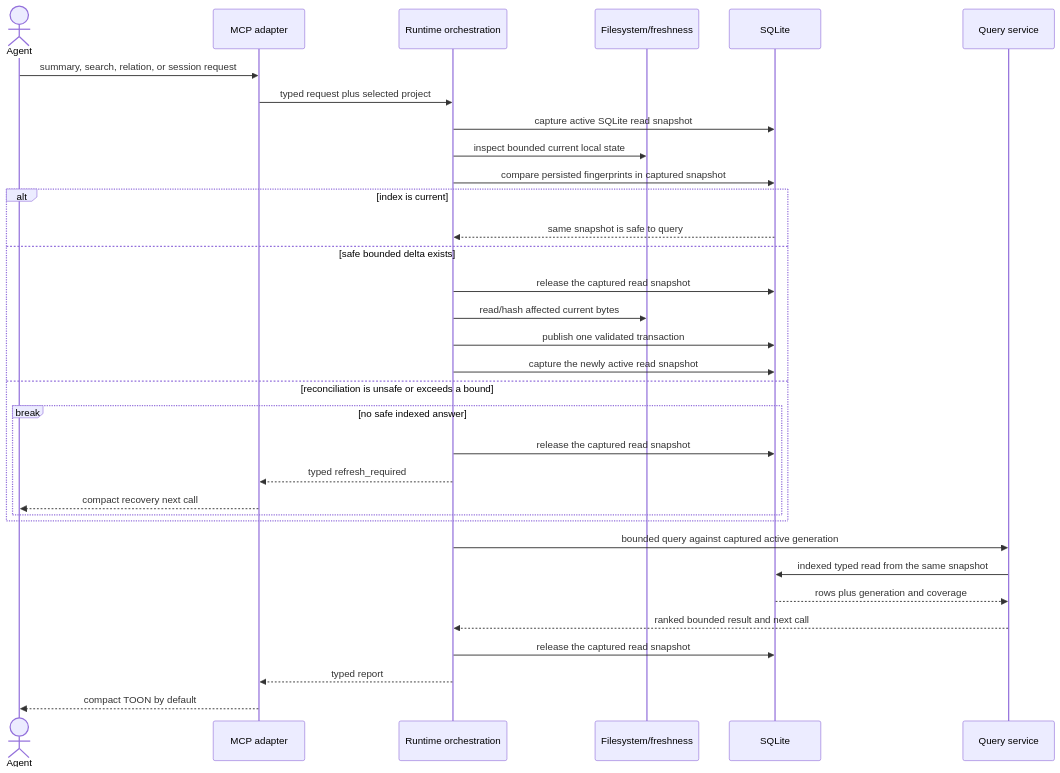
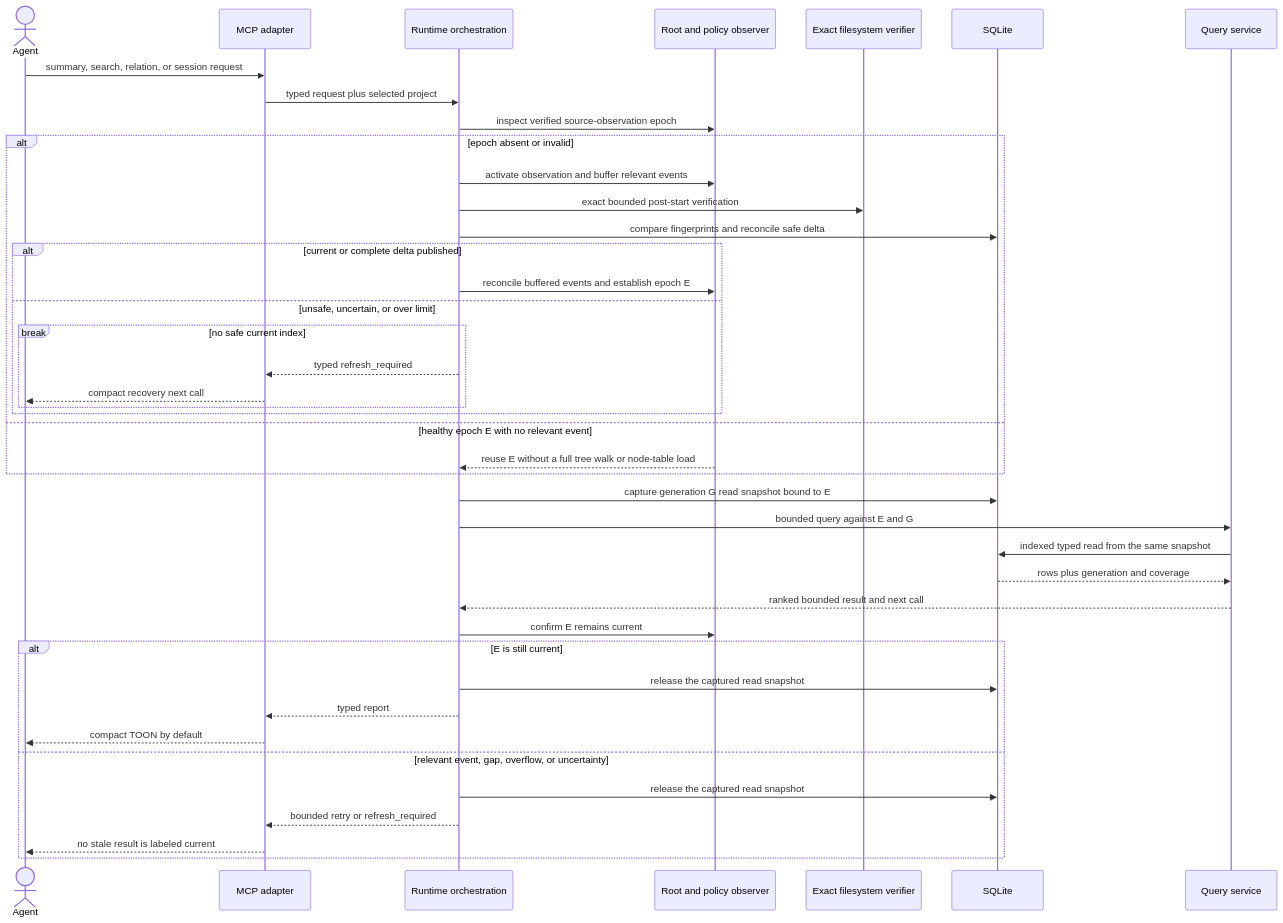
Before and after one commit to styler-ai/ProjectAtlas: the sixth of 10 diagrams in docs/projectatlas-3-architecture.md, drawn with Mermaid. The commit also changed other lines of this file and 11 other files, not shown here.

Commit message:
docs(architecture): complete issue 308 database design (#308)

````diff
--- a/docs/projectatlas-3-architecture.md
+++ b/docs/projectatlas-3-architecture.md
@@ -264,36 +613,44 @@
 ```mermaid
 sequenceDiagram
     actor Agent
     participant MCP as MCP adapter
     participant Runtime as Runtime orchestration
-    participant FS as Filesystem/freshness
+    participant Observer as Root and policy observer
+    participant FS as Exact filesystem verifier
     participant DB as SQLite
     participant Service as Query service
 
     Agent->>MCP: summary, search, relation, or session request
     MCP->>Runtime: typed request plus selected project
-    Runtime->>DB: capture active SQLite read snapshot
-    Runtime->>FS: inspect bounded current local state
-    Runtime->>DB: compare persisted fingerprints in captured snapshot
-    alt index is current
-        DB-->>Runtime: same snapshot is safe to query
-    else safe bounded delta exists
-        Runtime->>DB: release the captured read snapshot
-        Runtime->>FS: read/hash affected current bytes
-        Runtime->>DB: publish one validated transaction
-        Runtime->>DB: capture the newly active read snapshot
-    else reconciliation is unsafe or exceeds a bound
-        break no safe indexed answer
-            Runtime->>DB: release the captured read snapshot
-            Runtime-->>MCP: typed refresh_required
-            MCP-->>Agent: compact recovery next call
+    Runtime->>Observer: inspect verified source-observation epoch
+    alt epoch absent or invalid
+        Runtime->>Observer: activate observation and buffer relevant events
+        Runtime->>FS: exact bounded post-start verification
+        Runtime->>DB: compare fingerprints and reconcile safe delta
+        alt current or complete delta published
+            Runtime->>Observer: reconcile buffered events and establish epoch E
+        else unsafe, uncertain, or over limit
+            break no safe current index
+                Runtime-->>MCP: typed refresh_required
+                MCP-->>Agent: compact recovery next call
+            end
         end
+    else healthy epoch E with no relevant event
+        Observer-->>Runtime: reuse E without a full tree walk or node-table load
     end
-    Runtime->>Service: bounded query against captured active generation
+    Runtime->>DB: capture generation G read snapshot bound to E
+    Runtime->>Service: bounded query against E and G
     Service->>DB: indexed typed read from the same snapshot
     DB-->>Service: rows plus generation and coverage
     Service-->>Runtime: ranked bounded result and next call
-    Runtime->>DB: release the captured read snapshot
-    Runtime-->>MCP: typed report
-    MCP-->>Agent: compact TOON by default
+    Runtime->>Observer: confirm E remains current
+    alt E is still current
+        Runtime->>DB: release the captured read snapshot
+        Runtime-->>MCP: typed report
+        MCP-->>Agent: compact TOON by default
+    else relevant event, gap, overflow, or uncertainty
+        Runtime->>DB: release the captured read snapshot
+        Runtime-->>MCP: bounded retry or refresh_required
+        MCP-->>Agent: no stale result is labeled current
+    end
 ```
````
